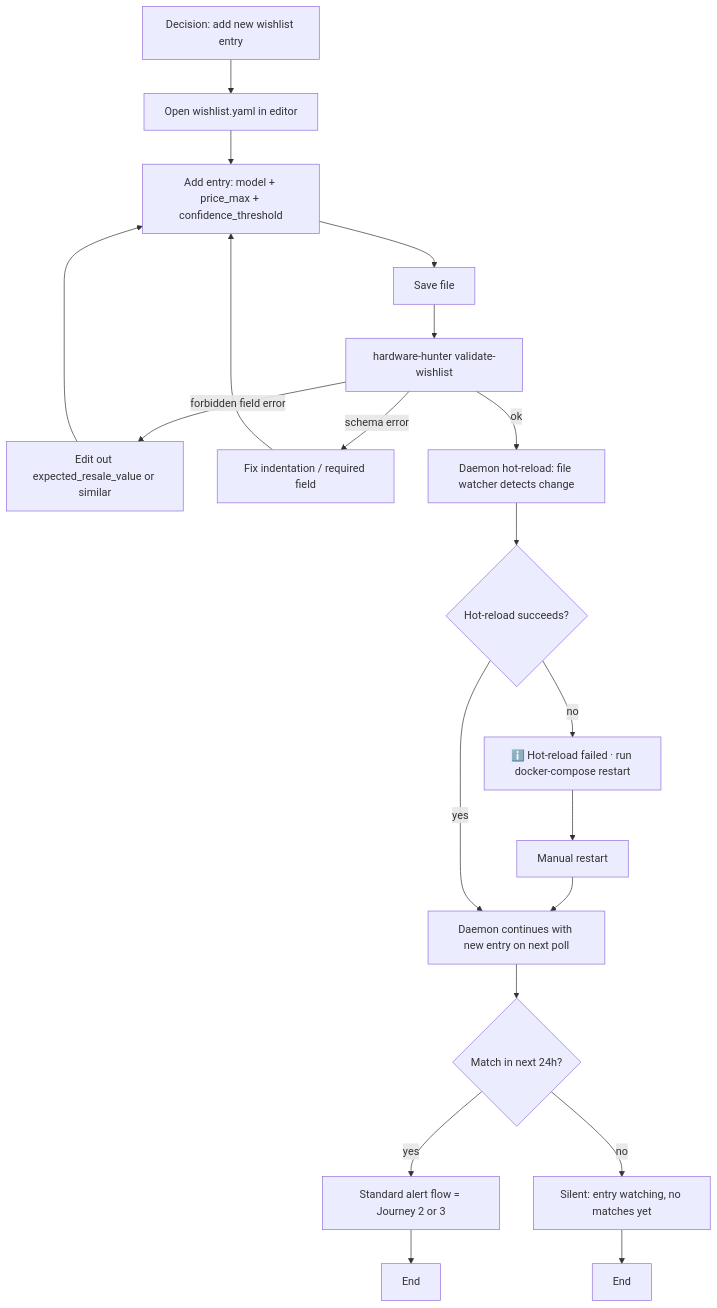
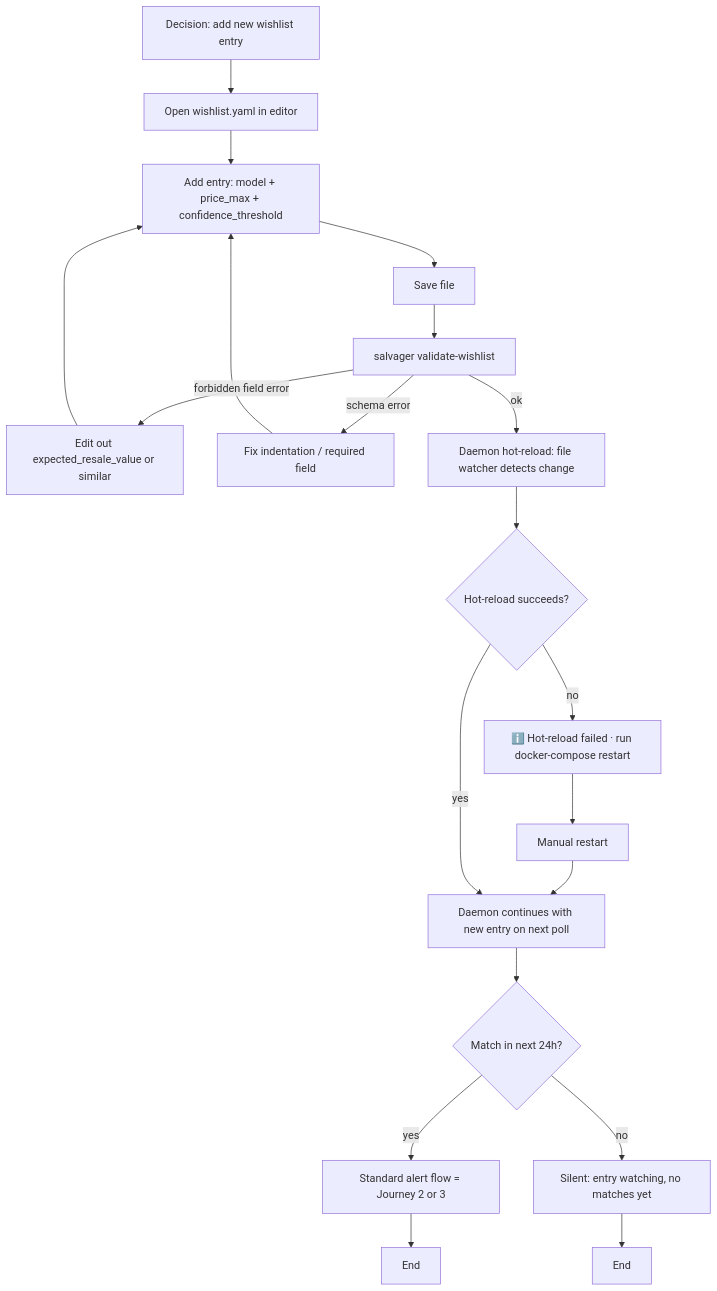
The sixth of 6 diagrams in _bmad-output/planning-artifacts/ux-design-specification.md (ifuensan/hardware-hunter), drawn with Mermaid before and after one commit. The commit also changed other lines of this file and 313 other files, not shown here.

````diff
--- a/_bmad-output/planning-artifacts/ux-design-specification.md
+++ b/_bmad-output/planning-artifacts/ux-design-specification.md
@@ -1573,18 +1573,18 @@
 ```mermaid
 flowchart TD
     A[Decision: add new wishlist entry] --> B[Open wishlist.yaml in editor]
     B --> C[Add entry: model + price_max + confidence_threshold]
     C --> D[Save file]
-    D --> E[hardware-hunter validate-wishlist]
+    D --> E[salvager validate-wishlist]
     E -- forbidden field error --> E1[Edit out expected_resale_value or similar] --> C
     E -- schema error --> E2[Fix indentation / required field] --> C
     E -- ok --> F[Daemon hot-reload: file watcher detects change]
     F --> G{Hot-reload succeeds?}
     G -- no --> G1[ℹ️ Hot-reload failed · run docker-compose restart] --> H[Manual restart] --> I
     G -- yes --> I[Daemon continues with new entry on next poll]
     I --> J{Match in next 24h?}
     J -- yes --> K[Standard alert flow = Journey 2 or 3]
     J -- no --> L[Silent: entry watching, no matches yet]
     K --> Z1[End]
     L --> Z2[End]
 ```
````
